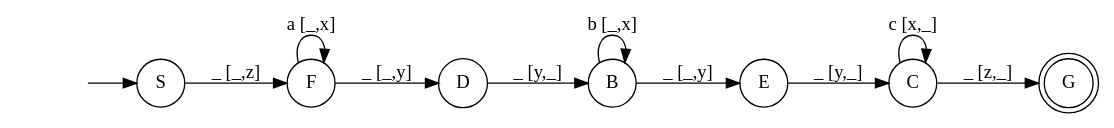
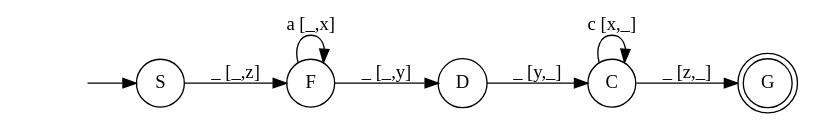
The diagram in Automate Picture/AutomataPicture.dot (arjen0203/AutomataReader), drawn with Graphviz before and after one commit. The commit also changed 20 other files, not shown here.

```diff
--- a/Automate Picture/AutomataPicture.dot
+++ b/Automate Picture/AutomataPicture.dot
@@ -1,22 +1,17 @@
 digraph myAutomaton { 
 rankdir=LR; 
 "" [shape=none] 
 "S" [shape=circle] 
-"B" [shape=circle] 
 "C" [shape=circle] 
 "D" [shape=circle] 
-"E" [shape=circle] 
 "F" [shape=circle] 
 "G" [shape=doublecircle] 
 
 "" -> "S" 
 "S" -> "F" [label="_ [_,z]"] 
-"B" -> "B" [label="b [_,x]"] 
-"B" -> "E" [label="_ [_,y]"] 
 "C" -> "C" [label="c [x,_]"] 
 "C" -> "G" [label="_ [z,_]"] 
-"D" -> "B" [label="_ [y,_]"] 
-"E" -> "C" [label="_ [y,_]"] 
+"D" -> "C" [label="_ [y,_]"] 
 "F" -> "F" [label="a [_,x]"] 
 "F" -> "D" [label="_ [_,y]"] 
 }
```
